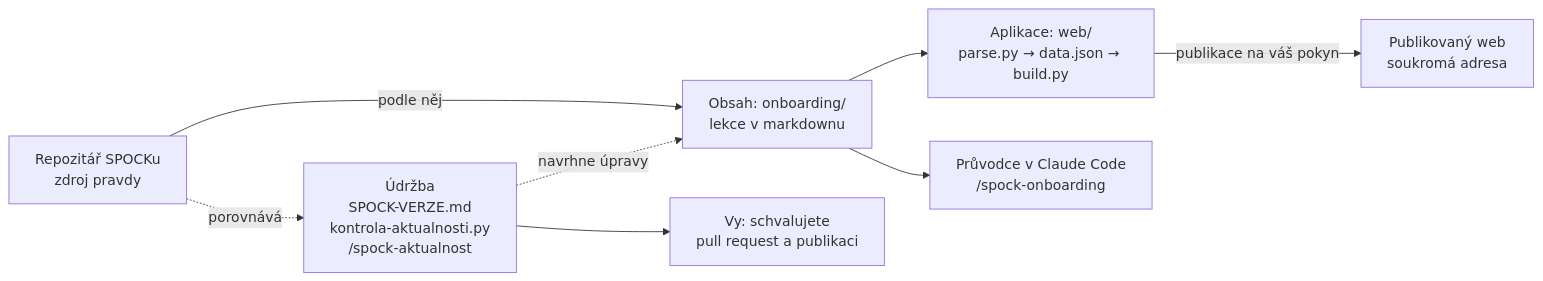
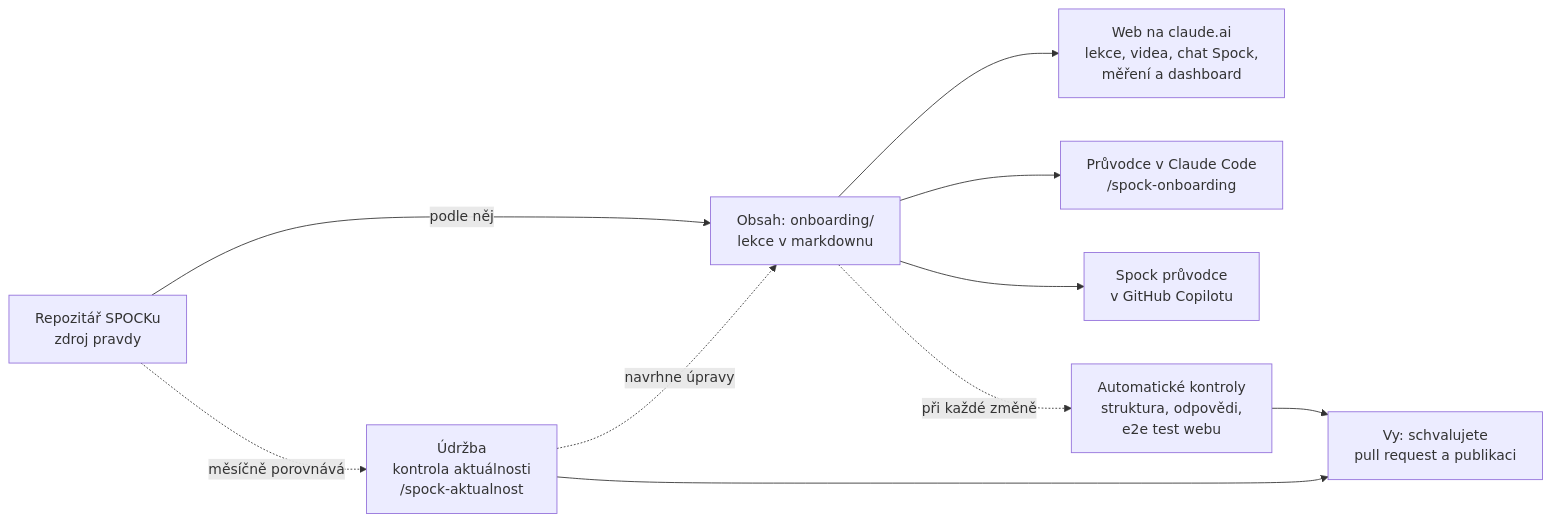
Before and after one commit to TominoHav/SpockTutorial: the diagram in ARCHITEKTURA.md, drawn with Mermaid. The commit also changed other lines of this file, not shown here.

````diff
--- a/ARCHITEKTURA.md
+++ b/ARCHITEKTURA.md
@@ -9,10 +9,12 @@
 ```mermaid
 flowchart LR
   S["Repozitář SPOCKu<br/>zdroj pravdy"] -->|podle něj| O["Obsah: onboarding/<br/>lekce v markdownu"]
-  O --> A["Aplikace: web/<br/>parse.py → data.json → build.py"]
-  A -->|publikace na váš pokyn| W["Publikovaný web<br/>soukromá adresa"]
+  O --> A["Web na claude.ai<br/>lekce, videa, chat Spock,<br/>měření a dashboard"]
   O --> P["Průvodce v Claude Code<br/>/spock-onboarding"]
-  S -.->|porovnává| U["Údržba<br/>SPOCK-VERZE.md<br/>kontrola-aktualnosti.py<br/>/spock-aktualnost"]
+  O --> G["Spock průvodce<br/>v GitHub Copilotu"]
+  S -.->|měsíčně porovnává| U["Údržba<br/>kontrola aktuálnosti<br/>/spock-aktualnost"]
   U -.->|navrhne úpravy| O
+  O -.->|při každé změně| K["Automatické kontroly<br/>struktura, odpovědi,<br/>e2e test webu"]
   U --> V["Vy: schvalujete<br/>pull request a publikaci"]
+  K --> V
 ```
````
